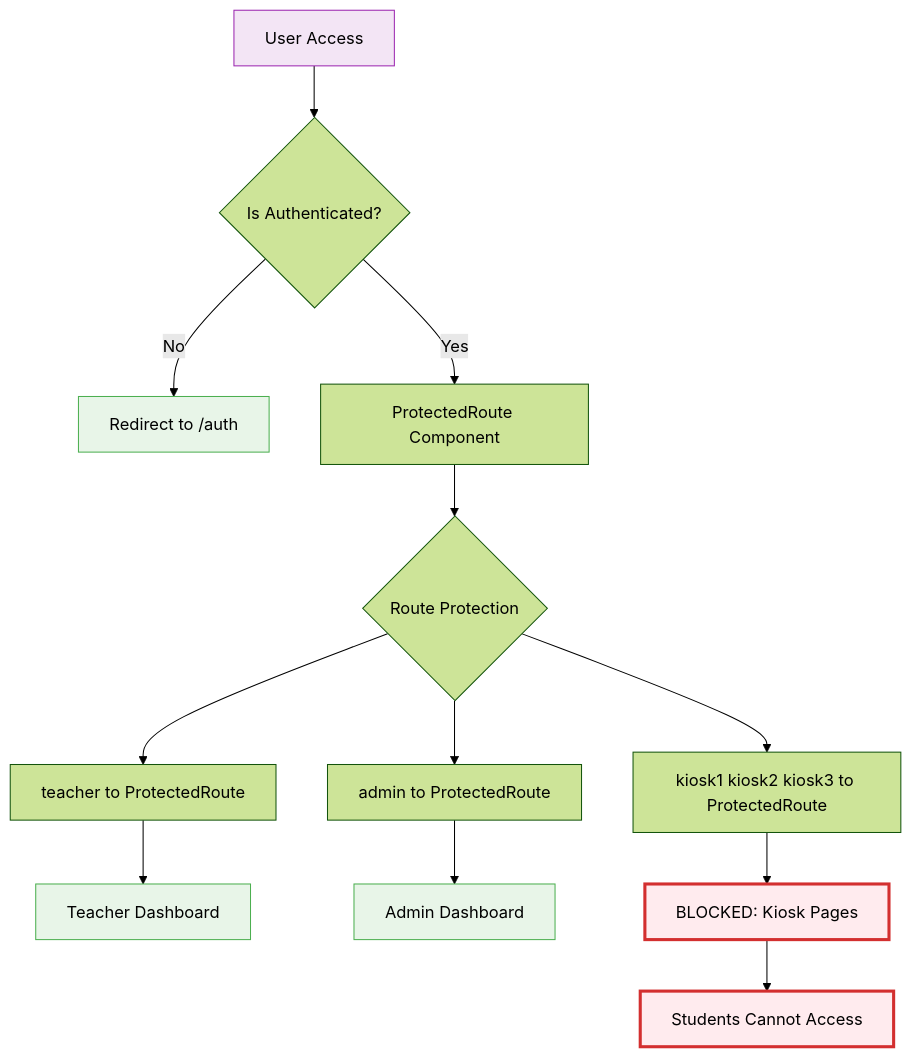
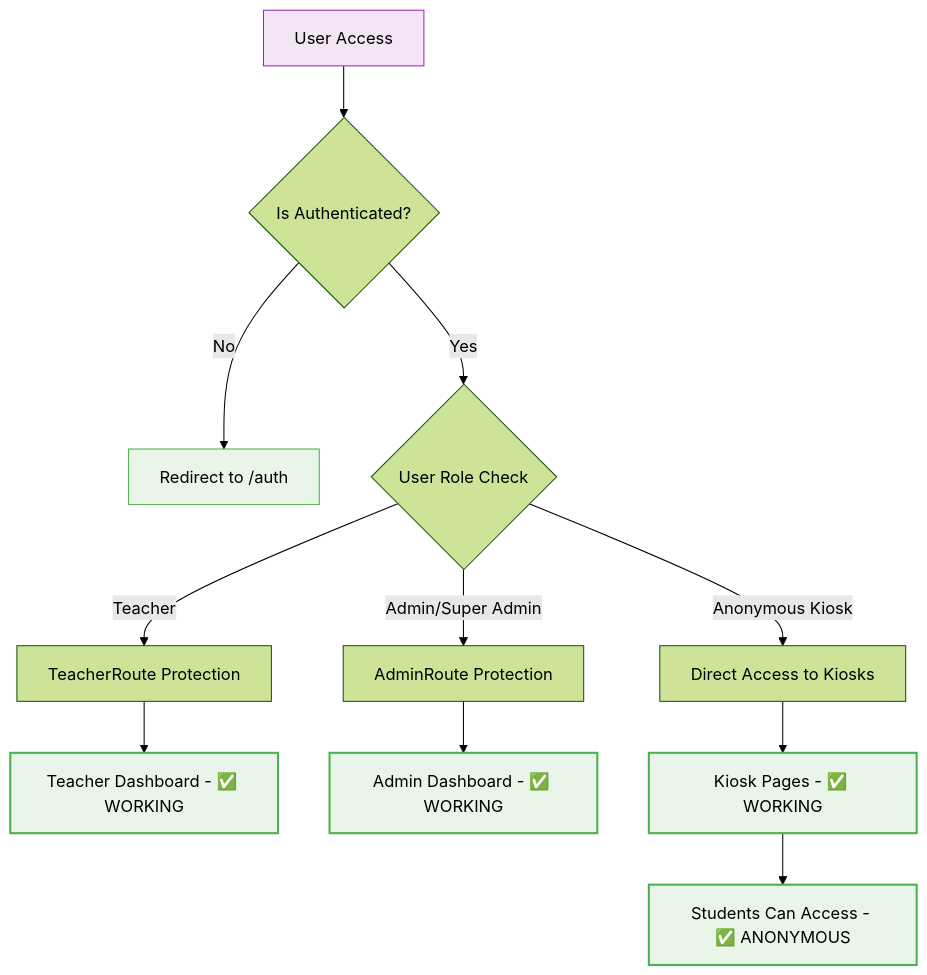
Before and after one commit to Splurfa/bx-os: the first of 3 diagrams in Docs/Flowcharts/Current-State/01-current-authentication-routing.md, drawn with Mermaid (forest theme). The commit also changed other lines of this file and 4 other files, not shown here.

````diff
--- a/Docs/Flowcharts/Current-State/01-current-authentication-routing.md
+++ b/Docs/Flowcharts/Current-State/01-current-authentication-routing.md
@@ -7,23 +8,22 @@
 ```mermaid
 flowchart TD
     A[User Access] --> B{Is Authenticated?}
     B -->|No| C[Redirect to /auth]
-    B -->|Yes| D[ProtectedRoute Component]
-    D --> E{Route Protection}
-    E --> F[teacher to ProtectedRoute]
-    E --> G[admin to ProtectedRoute] 
-    E --> H[kiosk1 kiosk2 kiosk3 to ProtectedRoute]
+    B -->|Yes| D{User Role Check}
+    D -->|Teacher| E[TeacherRoute Protection]
+    D -->|Admin/Super Admin| F[AdminRoute Protection] 
+    D -->|Anonymous Kiosk| G[Direct Access to Kiosks]
     
-    F --> I[Teacher Dashboard]
-    G --> J[Admin Dashboard]
-    H --> K[BLOCKED: Kiosk Pages]
+    E --> H[Teacher Dashboard - ✅ WORKING]
+    F --> I[Admin Dashboard - ✅ WORKING]
+    G --> J[Kiosk Pages - ✅ WORKING]
     
-    K --> L[Students Cannot Access]
+    J --> K[Students Can Access - ✅ ANONYMOUS]
     
-    style K fill:#ffebee,stroke:#d32f2f,stroke-width:3px
-    style L fill:#ffebee,stroke:#d32f2f,stroke-width:3px
+    style H fill:#e8f5e8,stroke:#4caf50,stroke-width:2px
+    style I fill:#e8f5e8,stroke:#4caf50,stroke-width:2px
+    style J fill:#e8f5e8,stroke:#4caf50,stroke-width:2px
+    style K fill:#e8f5e8,stroke:#4caf50,stroke-width:2px
     style A fill:#f3e5f5,stroke:#9c27b0
     style C fill:#e8f5e8,stroke:#4caf50
-    style I fill:#e8f5e8,stroke:#4caf50
-    style J fill:#e8f5e8,stroke:#4caf50
 ```
````
